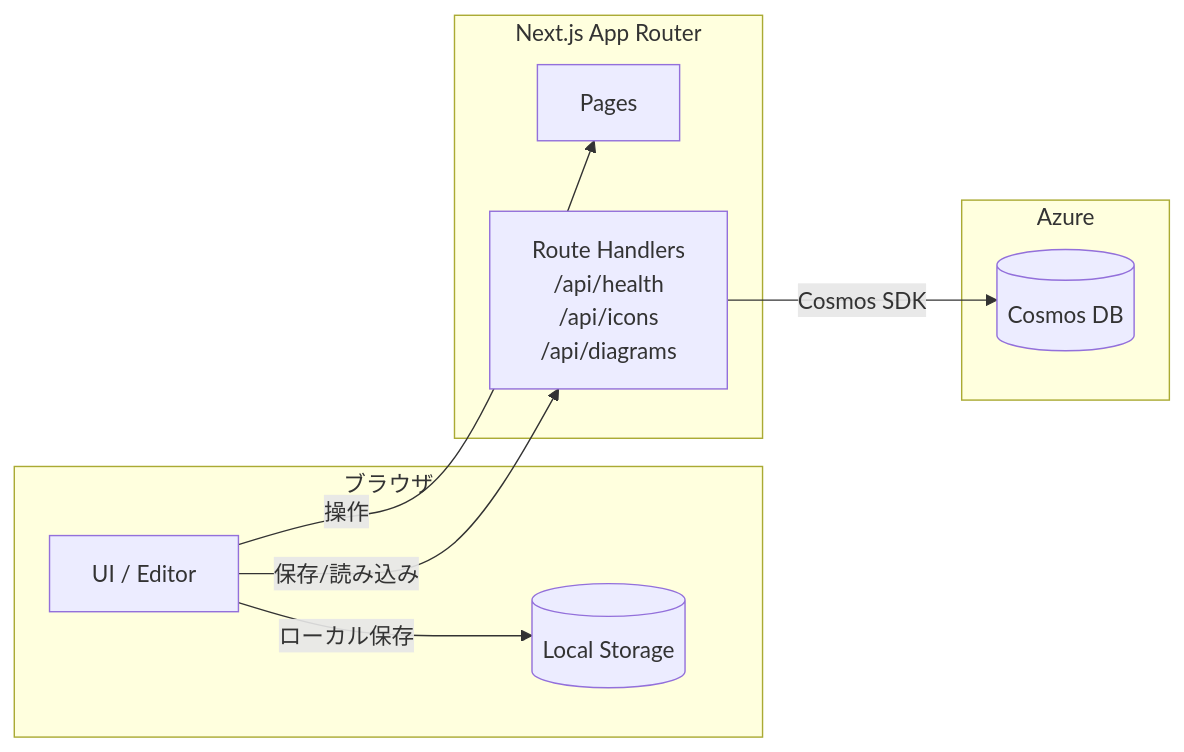
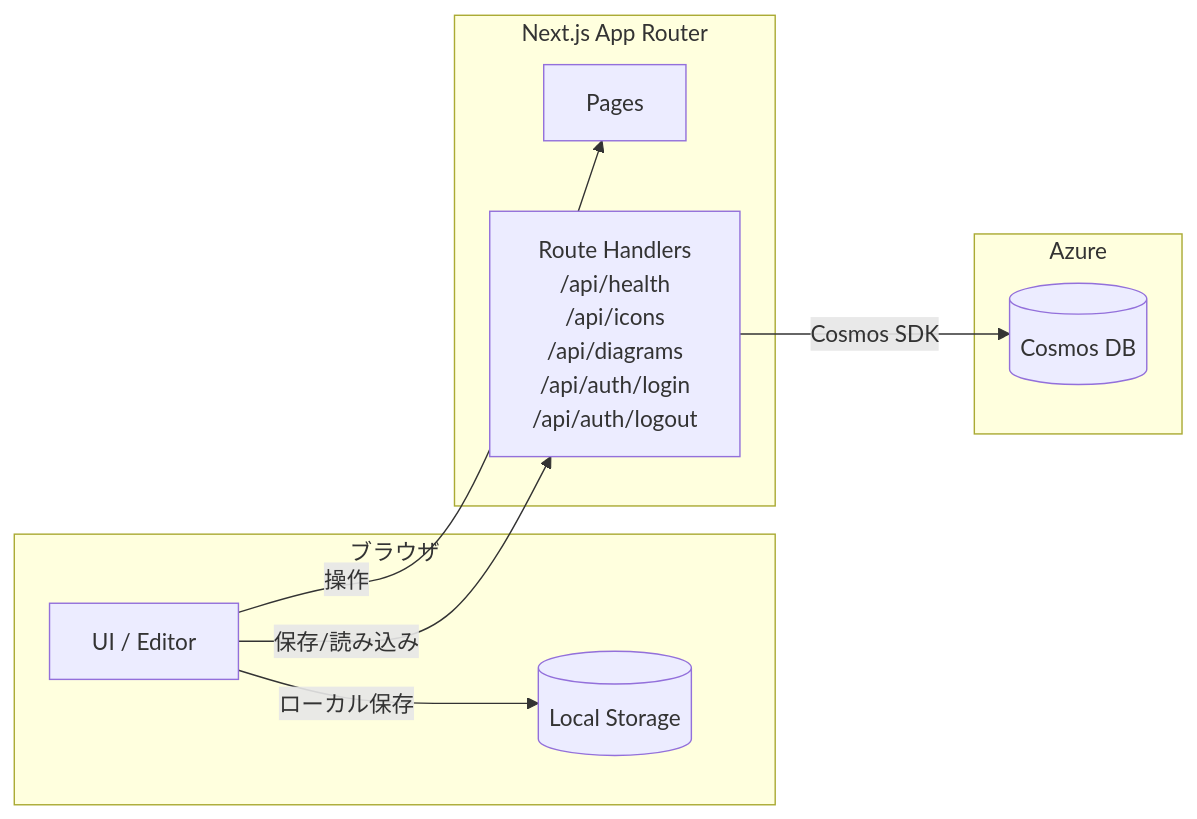
One commit to tokawa-ms/architecture-diagram-maker changed the diagram in docs/architecture-diagram.md. Above: the diagram before and after it, drawn with Mermaid. The commit also changed 12 other files, not shown here.

````diff
--- a/docs/architecture-diagram.md
+++ b/docs/architecture-diagram.md
@@ -7,21 +7,21 @@
 ```mermaid
 flowchart LR
   subgraph Client[ブラウザ]
     UI[UI / Editor]
     Local[(Local Storage)]
   end
 
   subgraph App[Next.js App Router]
     Pages[Pages]
-    API[Route Handlers\n/api/health\n/api/icons\n/api/diagrams]
+    API[Route Handlers\n/api/health\n/api/icons\n/api/diagrams\n/api/auth/login\n/api/auth/logout]
   end
 
   subgraph Azure[Azure]
     Cosmos[(Cosmos DB)]
   end
 
   UI -->|操作| Pages
   UI -->|保存/読み込み| API
   UI -->|ローカル保存| Local
   API -->|Cosmos SDK| Cosmos
 ```
````
